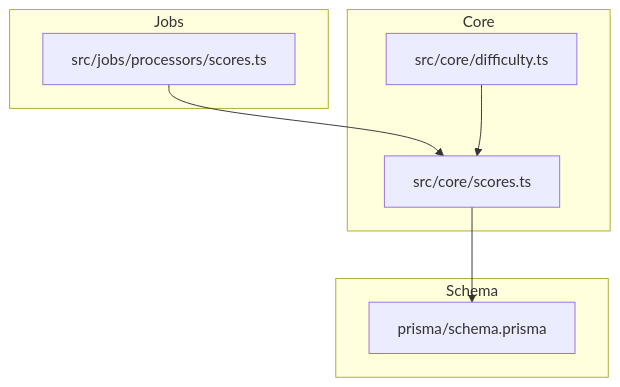
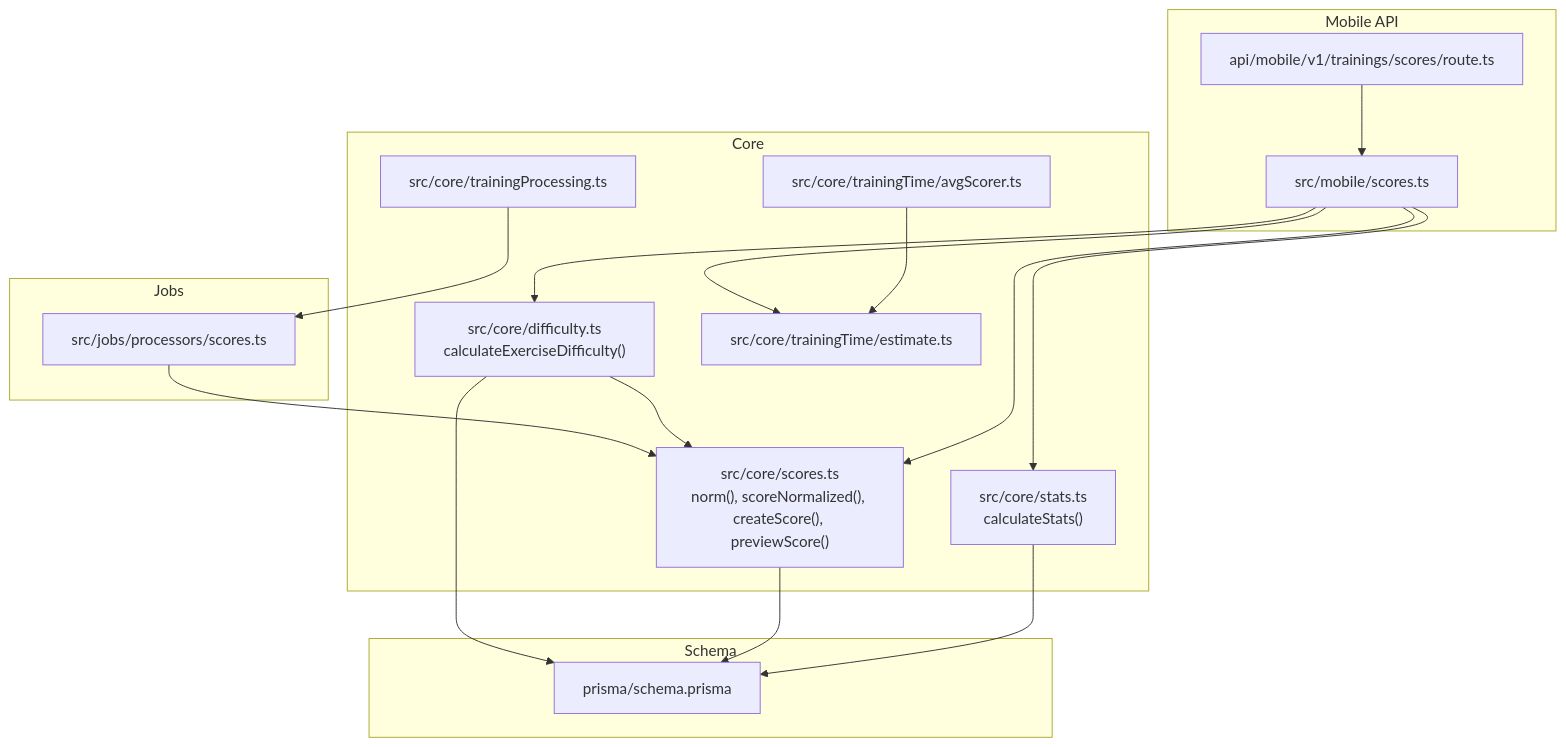
One commit to Dezzpil/meingym changed the first of 11 diagrams in .qoder/repowiki/en/content/Core Business Logic/Scoring and Analytics.md. Above: the diagram before and after it, drawn with Mermaid. The commit also changed other lines of this file and 12 other files, not shown here.

````diff
--- a/.qoder/repowiki/en/content/Core Business Logic/Scoring and Analytics.md
+++ b/.qoder/repowiki/en/content/Core Business Logic/Scoring and Analytics.md
@@ -29,16 +40,33 @@
 ```mermaid
 graph TB
 subgraph "Core"
-S["src/core/scores.ts"]
-D["src/core/difficulty.ts"]
+S["src/core/scores.ts<br/>norm(), scoreNormalized(), createScore(), previewScore()"]
+D["src/core/difficulty.ts<br/>calculateExerciseDifficulty()"]
+ST["src/core/stats.ts<br/>calculateStats()"]
+EST["src/core/trainingTime/estimate.ts"]
+AVG["src/core/trainingTime/avgScorer.ts"]
+TP["src/core/trainingProcessing.ts"]
+end
+subgraph "Mobile API"
+MS["src/mobile/scores.ts"]
+MR["api/mobile/v1/trainings/scores/route.ts"]
 end
 subgraph "Jobs"
 J["src/jobs/processors/scores.ts"]
 end
 subgraph "Schema"
 P["prisma/schema.prisma"]
 end
+TP --> J
 J --> S
 D --> S
+MS --> D
+MS --> S
+MS --> ST
+MS --> EST
+MR --> MS
+AVG --> EST
+D --> P
 S --> P
+ST --> P
 ```
````
